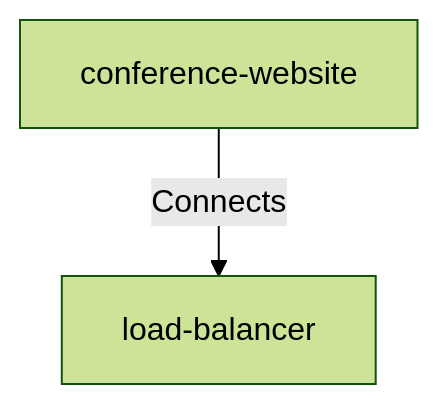
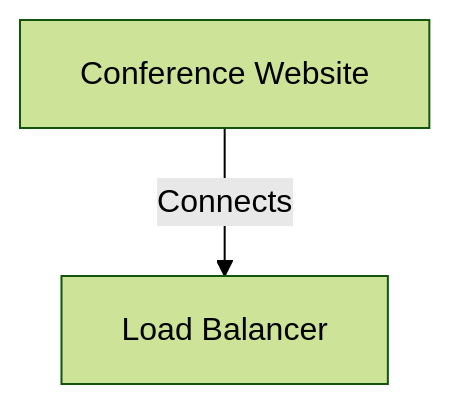
Before and after one commit to finos/architecture-as-code: the diagram in cli/test_fixtures/getting-started/STEP-3/website/docs/relationships/conference-website-load-balancer.md, drawn with Mermaid (forest theme). The commit also changed 61 other files, not shown here.

First line of the commit message:
fix(calm-widgets): resolve node names instead of raw ids in related-nodes diagrams (#2883)

````diff
--- a/cli/test_fixtures/getting-started/STEP-3/website/docs/relationships/conference-website-load-balancer.md
+++ b/cli/test_fixtures/getting-started/STEP-3/website/docs/relationships/conference-website-load-balancer.md
@@ -32,5 +32,5 @@
 ```mermaid
 graph TD;
-conference-website -- Connects --> load-balancer;
+conference-website[Conference Website] -- Connects --> load-balancer[Load Balancer];
 classDef highlight fill:#f2bbae;
 ```
````
